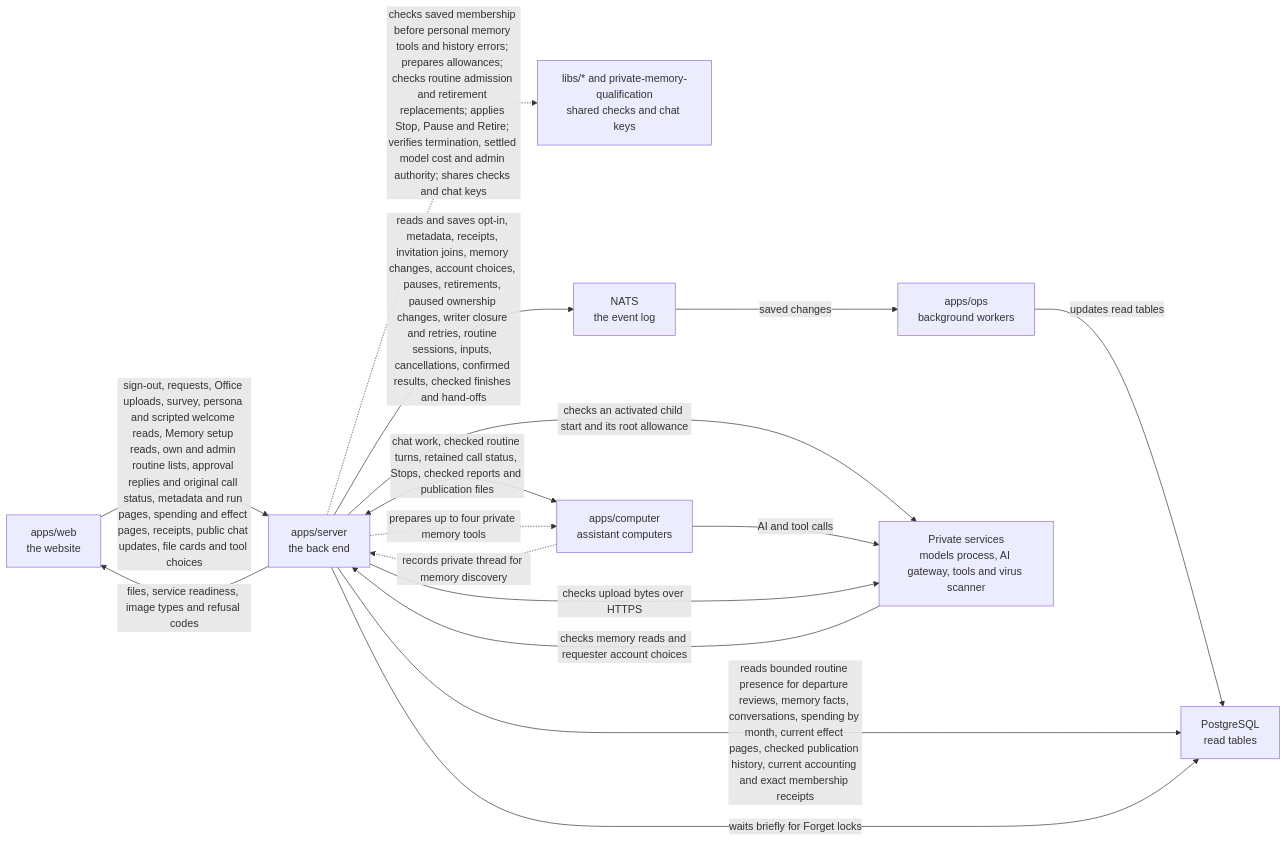
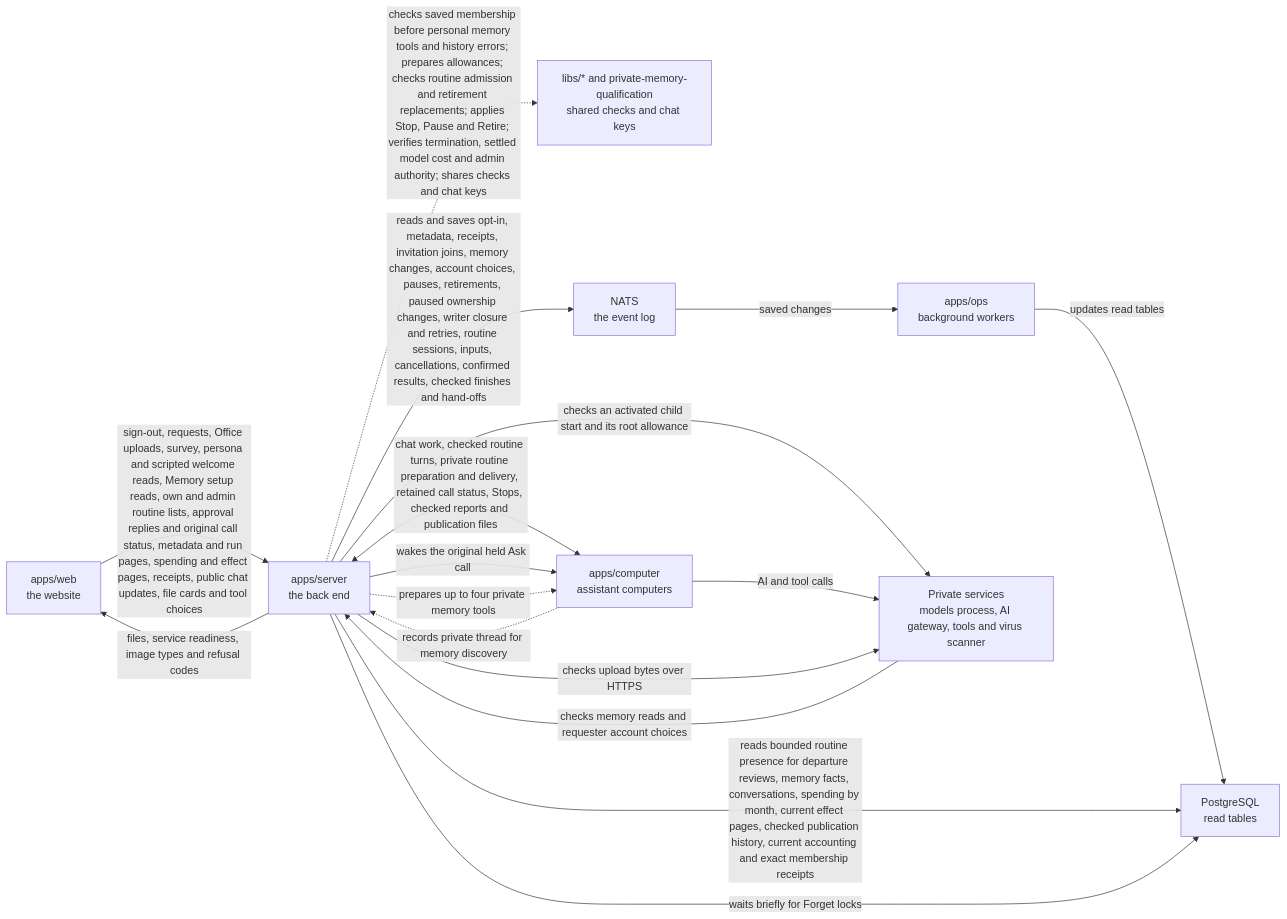
One commit to elewa-git/opencrane-new changed the diagram in apps/server/README.md. Above: the diagram before and after it, drawn with Mermaid. The commit also changed other lines of this file and 19 other files, not shown here.

Commit message:
📞 Send one checked replacement from a held Ask call

````diff
--- a/apps/server/README.md
+++ b/apps/server/README.md
@@ -216,18 +219,19 @@
 ```mermaid
 flowchart LR
   web["apps/web<br/>the website"] -->|sign-out, requests, Office uploads, survey, persona and scripted welcome reads, Memory setup reads, own and admin routine lists, approval replies and original call status, metadata and run pages, spending and effect pages, receipts, public chat updates, file cards and tool choices| server["apps/server<br/>the back end"]
   server -.->|checks saved membership before personal memory tools and history errors; prepares allowances; checks routine admission and retirement replacements; applies Stop, Pause and Retire; verifies termination, settled model cost and admin authority; shares checks and chat keys| libs["libs/* and private-memory-qualification<br/>shared checks and chat keys"]
   server -->|reads and saves opt-in, metadata, receipts, invitation joins, memory changes, account choices, pauses, retirements, paused ownership changes, writer closure and retries, routine sessions, inputs, cancellations, confirmed results, checked finishes and hand-offs| nats["NATS<br/>the event log"]
   nats -->|saved changes| ops["apps/ops<br/>background workers"]
   ops -->|updates read tables| postgres["PostgreSQL<br/>read tables"]
   server -->|reads bounded routine presence for departure reviews, memory facts, conversations, spending by month, current effect pages, checked publication history, current accounting and exact membership receipts| postgres
   server -->|waits briefly for Forget locks| postgres
-  server <-->|chat work, checked routine turns, retained call status, Stops, checked reports and publication files| computer["apps/computer<br/>assistant computers"]
+  server <-->|chat work, checked routine turns, private routine preparation and delivery, retained call status, Stops, checked reports and publication files| computer["apps/computer<br/>assistant computers"]
+  server -->|wakes the original held Ask call| computer
   server -->|checks an activated child start and its root allowance| runtime
   computer -.->|records private thread for memory discovery| server
   server -.->|prepares up to four private memory tools| computer
   computer -->|AI and tool calls| runtime["Private services<br/>models process, AI gateway, tools and virus scanner"]
   server -->|files, service readiness, image types and refusal codes| web
   server -->|checks upload bytes over HTTPS| runtime
   runtime -->|checks memory reads and requester account choices| server
 ```
````
